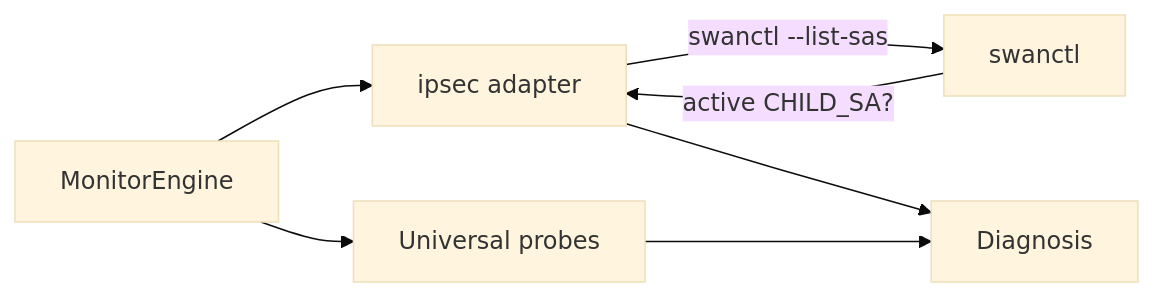
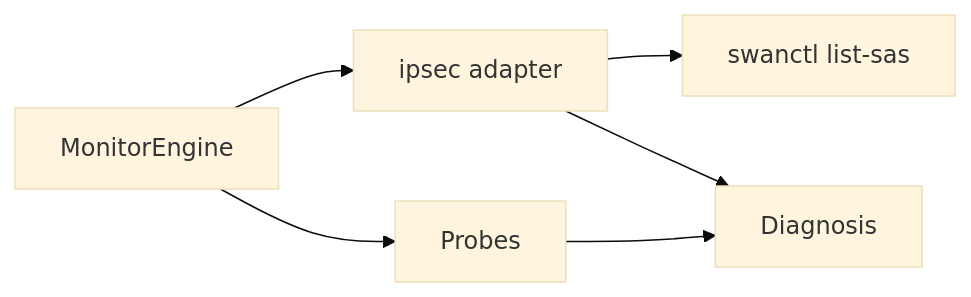
One commit to roto31/Tunnel-Monitor---Universal changed the fourth of 4 diagrams in docs/vpn-solutions/ipsec-ikev2.md. Above: the diagram before and after it, drawn with Mermaid (base theme). The commit also changed other lines of this file and 22 other files, not shown here.

````diff
--- a/docs/vpn-solutions/ipsec-ikev2.md
+++ b/docs/vpn-solutions/ipsec-ikev2.md
@@ -70,9 +52,8 @@
 ```mermaid
 flowchart LR
     E[MonitorEngine] --> A[ipsec adapter]
-    A -->|swanctl --list-sas| SW[swanctl]
-    SW -->|active CHILD_SA?| A
-    E --> P[Universal probes]
+    A --> SW[swanctl list-sas]
+    E --> P[Probes]
     A --> D[Diagnosis]
     P --> D
 ```
````
